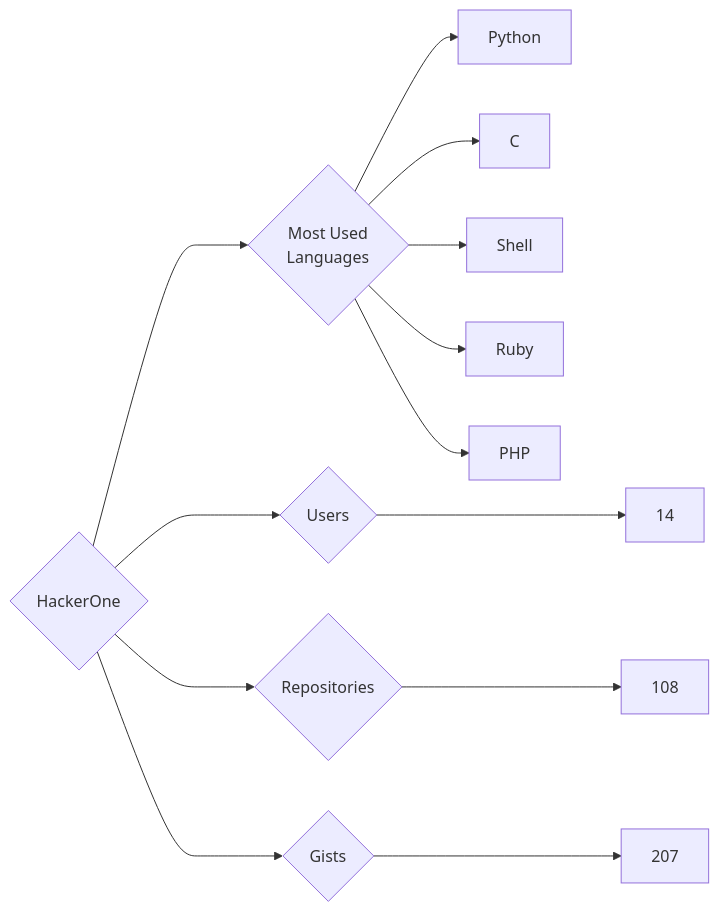
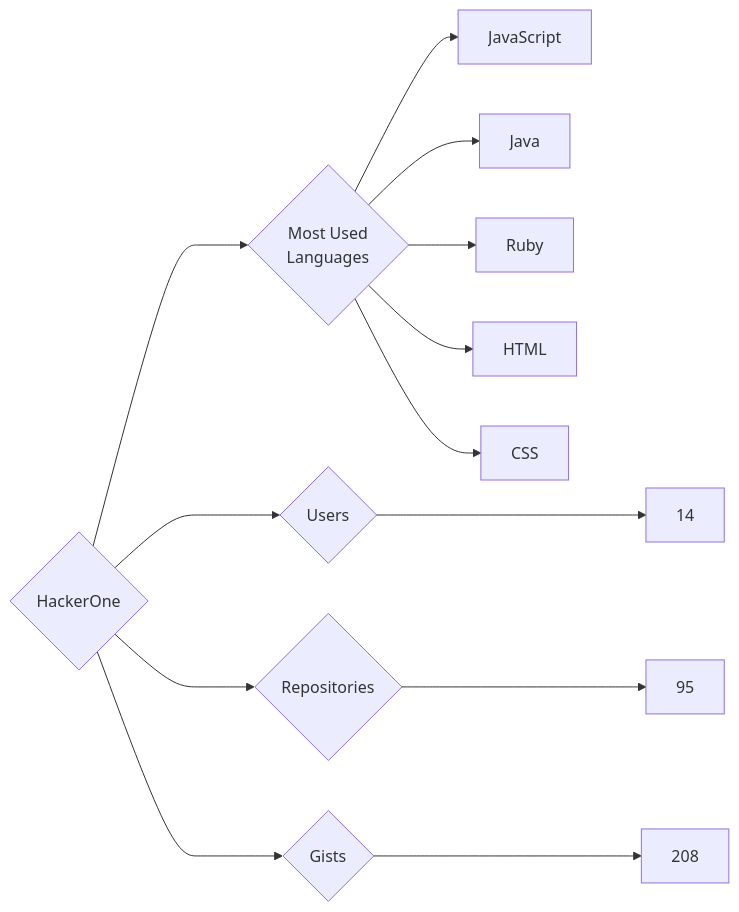
One commit to trickest/insiders changed the diagram in targets/HackerOne/README.md. Above: the diagram before and after it, drawn with Mermaid. The commit also changed 1238 other files, not shown here.

````diff
--- a/targets/HackerOne/README.md
+++ b/targets/HackerOne/README.md
@@ -3,13 +3,13 @@
 ```mermaid
 graph LR
 COMPANY_NAME{HackerOne}
 COMPANY_NAME ---> U{Users} ---> UN[14]
-COMPANY_NAME ---> R{Repositories} ---> RN[108]
-COMPANY_NAME ---> G{Gists} ---> GN[207]
+COMPANY_NAME ---> R{Repositories} ---> RN[95]
+COMPANY_NAME ---> G{Gists} ---> GN[208]
 COMPANY_NAME ---> ML{Most Used<br>Languages}
-ML --> Python[Python]
-ML --> C[C]
-ML --> Shell[Shell]
+ML --> JavaScript[JavaScript]
+ML --> Java[Java]
 ML --> Ruby[Ruby]
-ML --> PHP[PHP]
+ML --> HTML[HTML]
+ML --> CSS[CSS]
 ```
````
